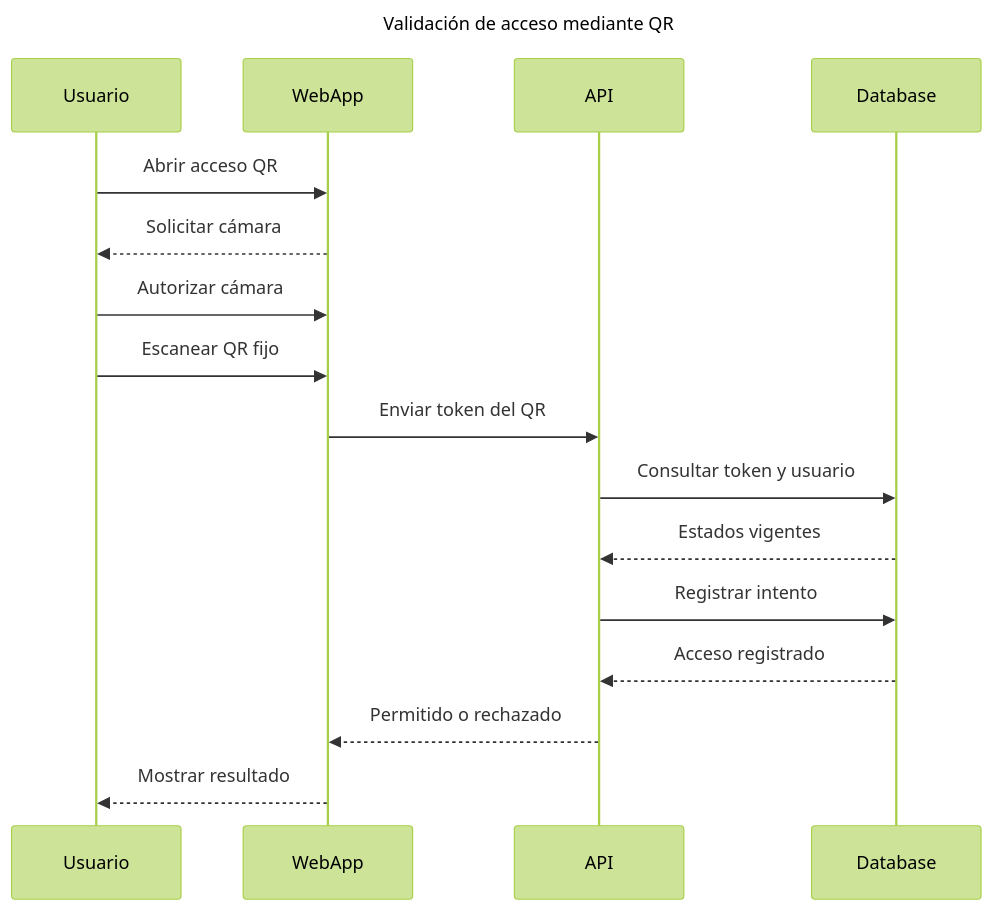
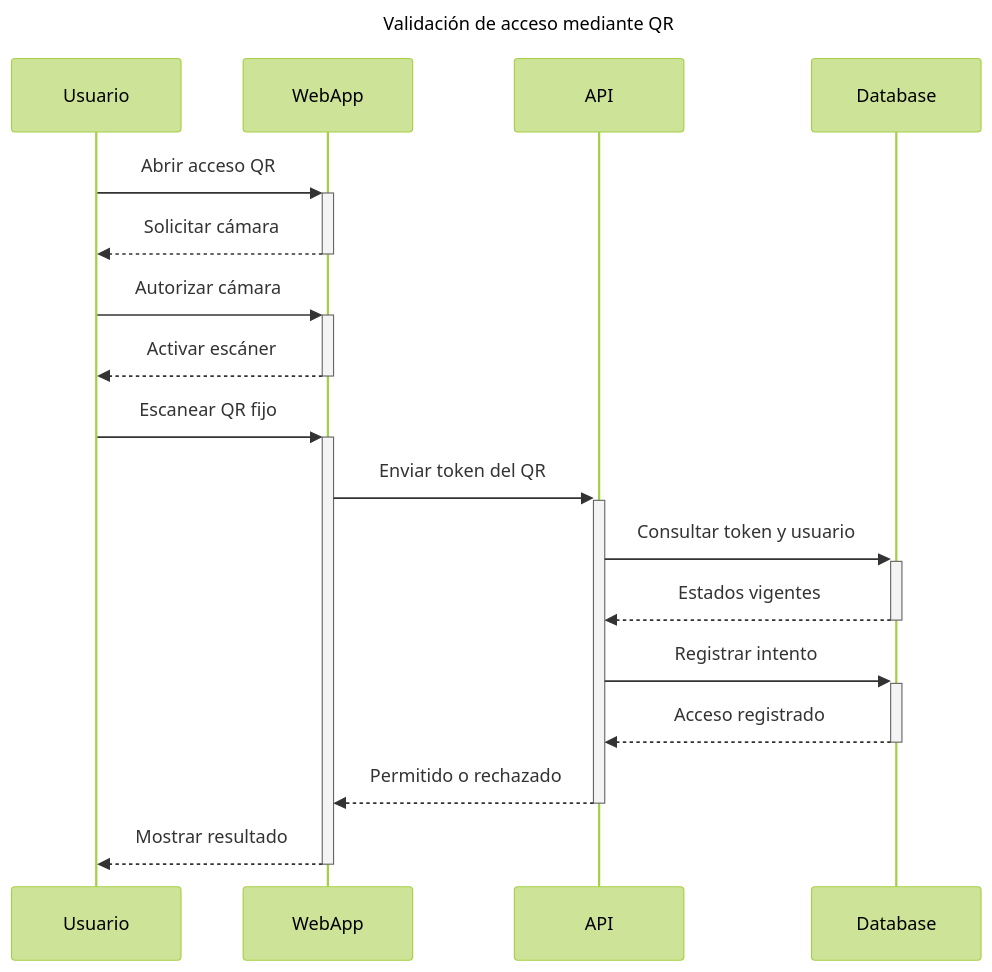
One commit to MTeamOrg/M-Team changed the fourth of 6 diagrams in docs/diagramas-de-secuencia.md. Above: the diagram before and after it, drawn with Mermaid (forest theme). The commit also changed other lines of this file, not shown here.

Commit message:
docs: add activation bars to sequence diagrams

````diff
--- a/docs/diagramas-de-secuencia.md
+++ b/docs/diagramas-de-secuencia.md
@@ -104,20 +108,21 @@
 ```mermaid
 sequenceDiagram
     title Validación de acceso mediante QR
     participant Usuario
     participant WebApp
     participant API
     participant Database
 
-    Usuario->>WebApp: Abrir acceso QR
-    WebApp-->>Usuario: Solicitar cámara
-    Usuario->>WebApp: Autorizar cámara
-    Usuario->>WebApp: Escanear QR fijo
-    WebApp->>API: Enviar token del QR
-    API->>Database: Consultar token y usuario
-    Database-->>API: Estados vigentes
-    API->>Database: Registrar intento
-    Database-->>API: Acceso registrado
-    API-->>WebApp: Permitido o rechazado
-    WebApp-->>Usuario: Mostrar resultado
+    Usuario->>+WebApp: Abrir acceso QR
+    WebApp-->>-Usuario: Solicitar cámara
+    Usuario->>+WebApp: Autorizar cámara
+    WebApp-->>-Usuario: Activar escáner
+    Usuario->>+WebApp: Escanear QR fijo
+    WebApp->>+API: Enviar token del QR
+    API->>+Database: Consultar token y usuario
+    Database-->>-API: Estados vigentes
+    API->>+Database: Registrar intento
+    Database-->>-API: Acceso registrado
+    API-->>-WebApp: Permitido o rechazado
+    WebApp-->>-Usuario: Mostrar resultado
 ```
````
